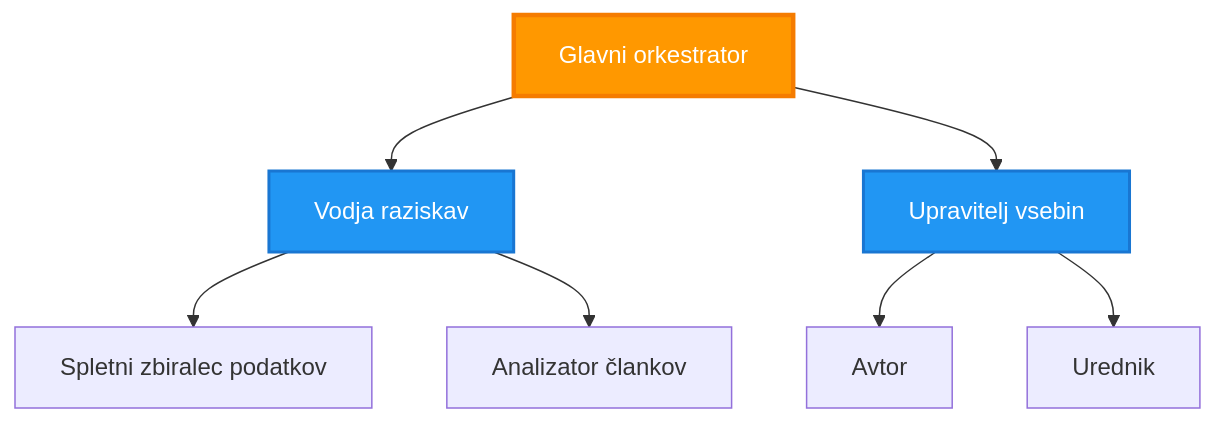
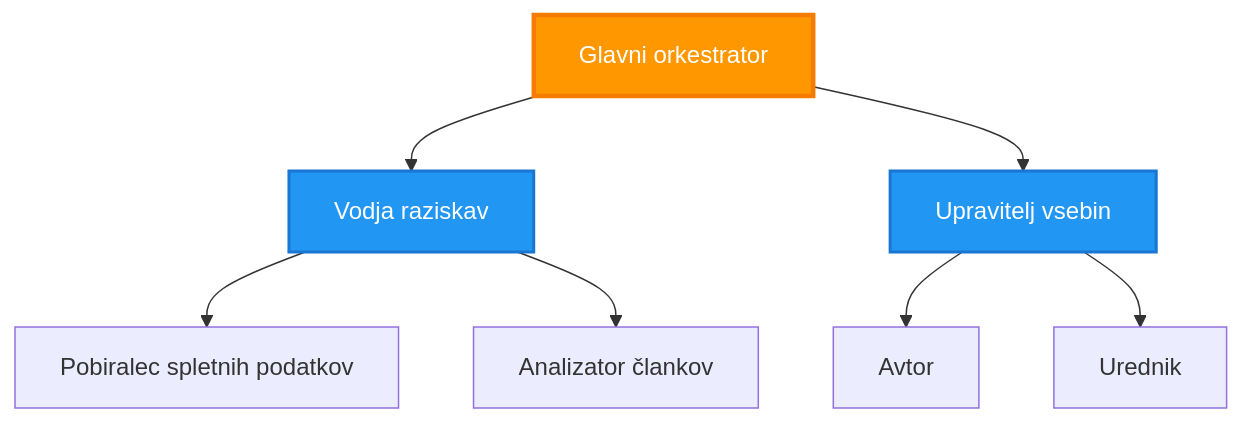
The third of 6 diagrams in translations/sl/docs/chapter-06-pre-deployment/coordination-patterns.md (microsoft/AZD-for-beginners), drawn with Mermaid before and after one commit. The commit also changed other lines of this file and 101 other files, not shown here.

````diff
--- a/translations/sl/docs/chapter-06-pre-deployment/coordination-patterns.md
+++ b/translations/sl/docs/chapter-06-pre-deployment/coordination-patterns.md
@@ -149,21 +143,21 @@
 ```mermaid
 graph TB
     Master[Glavni orkestrator]
     Manager1[Vodja raziskav]
     Manager2[Upravitelj vsebin]
-    W1[Spletni zbiralec podatkov]
+    W1[Pobiralec spletnih podatkov]
     W2[Analizator člankov]
     W3[Avtor]
     W4[Urednik]
     
     Master --> Manager1
     Master --> Manager2
     Manager1 --> W1
     Manager1 --> W2
     Manager2 --> W3
     Manager2 --> W4
     
     style Master fill:#FF9800,stroke:#F57C00,stroke-width:3px,color:#fff
     style Manager1 fill:#2196F3,stroke:#1976D2,stroke-width:2px,color:#fff
     style Manager2 fill:#2196F3,stroke:#1976D2,stroke-width:2px,color:#fff
 ```
````
